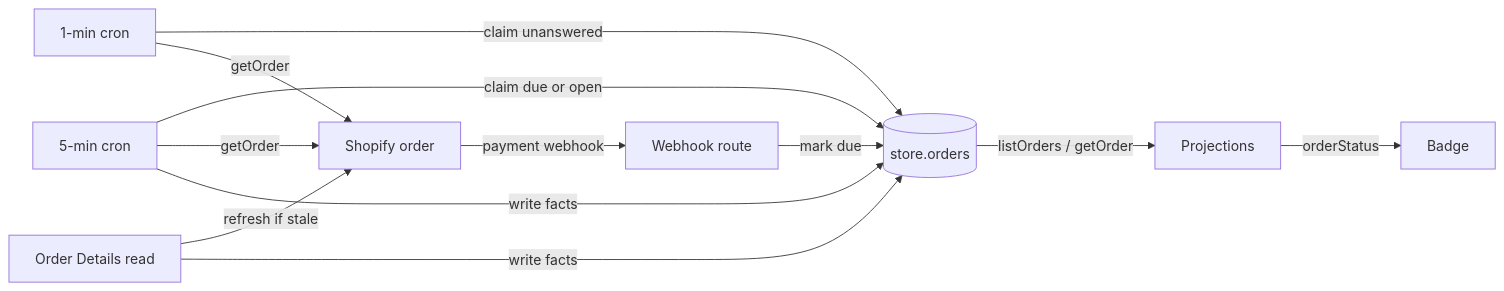
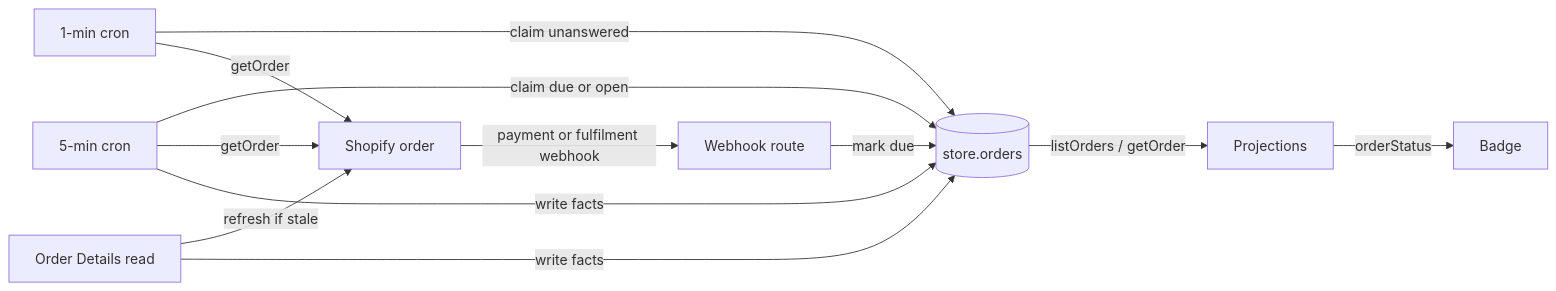
The diagram in openspec/changes/add-store-order-status/tech-design.md (potzchan6969/grade10-spec), drawn with Mermaid before and after one commit. The commit also changed other lines of this file and 1 other file, not shown here.

First line of the commit message:
docs(store): mark an order due on a fulfilment webhook as on a payment one

````diff
--- a/openspec/changes/add-store-order-status/tech-design.md
+++ b/openspec/changes/add-store-order-status/tech-design.md
@@ -267,14 +274,14 @@
 ```mermaid
 flowchart LR
-  S[Shopify order] -- payment webhook --> W[Webhook route]
+  S[Shopify order] -- payment or fulfilment webhook --> W[Webhook route]
   W -- mark due --> R[(store.orders)]
   M[1-min cron] -- claim unanswered --> R
   M -- getOrder --> S
   C[5-min cron] -- claim due or open --> R
   C -- getOrder --> S
   D[Order Details read] -- refresh if stale --> S
   C -- write facts --> R
   D -- write facts --> R
   R -- listOrders / getOrder --> P[Projections]
   P -- orderStatus --> B[Badge]
 ```
````
